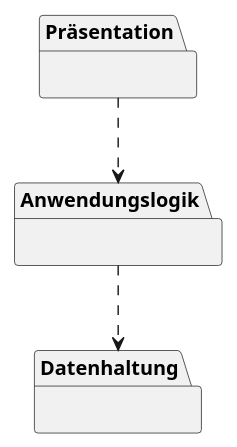
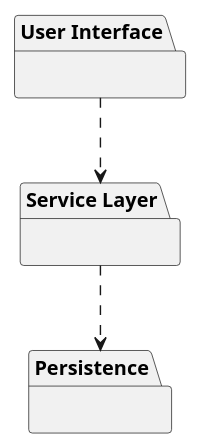
One commit to uhafner/static-analysis-dashboard changed the diagram in doc/assignment-3/layers.puml. Above: the diagram before and after it, drawn with PlantUML. The commit also changed 5 other files, not shown here.

Commit message:
Added sequence diagrams of 'upload report' and 'view details' use cases.

```diff
--- a/doc/assignment-3/layers.puml
+++ b/doc/assignment-3/layers.puml
@@ -1,12 +1,12 @@
 @startuml
 
 skinparam componentStyle uml2
 
-package "Präsentation" {}
-package "Anwendungslogik" {}
-package "Datenhaltung" {}
+package "User Interface" {}
+package "Service Layer" {}
+package "Persistence" {}
 
-Präsentation ..> Anwendungslogik
-Anwendungslogik ..> Datenhaltung
+"User Interface" ..> "Service Layer"
+"Service Layer" ..> "Persistence"
 
 @enduml
```
